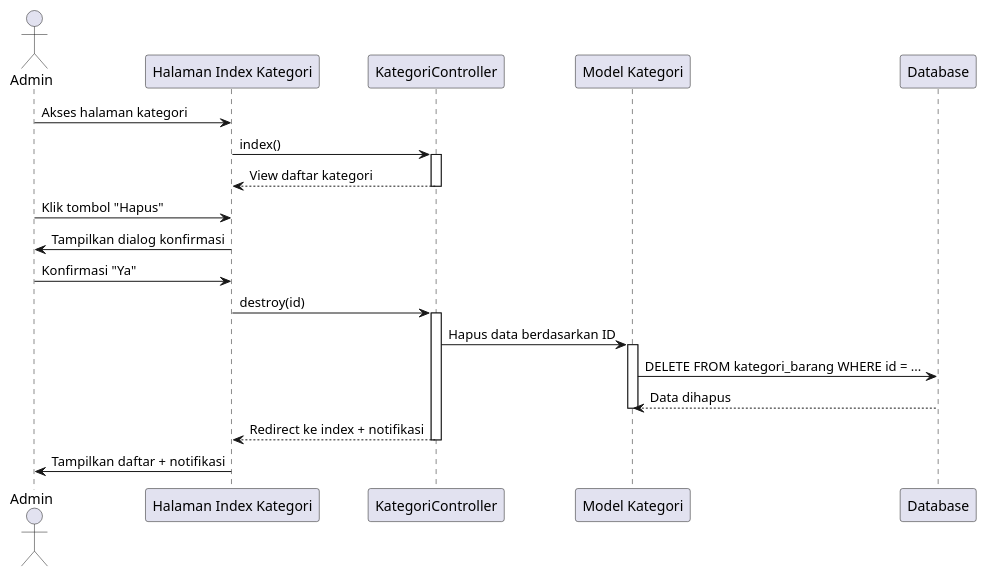
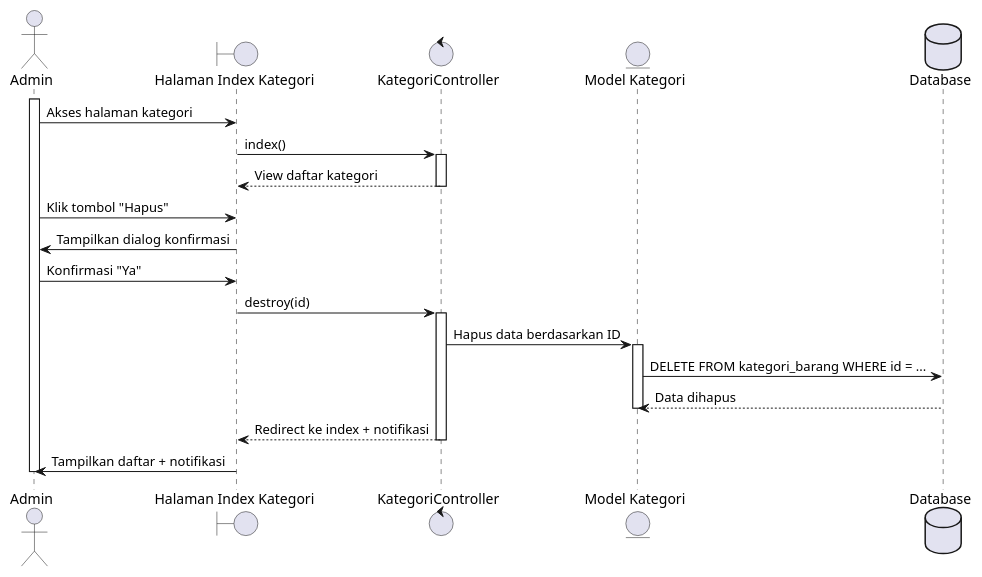
One commit to tengahcang/UML_TA changed the diagram in sequence diagram/kategori barang/menghapus_kategori_barang.wsd. Above: the diagram before and after it, drawn with PlantUML. The commit also changed 115 other files, not shown here.

```diff
--- a/sequence diagram/kategori barang/menghapus_kategori_barang.wsd
+++ b/sequence diagram/kategori barang/menghapus_kategori_barang.wsd
@@ -1,33 +1,35 @@
 @startuml
 actor Admin
 
-participant "Halaman Index Kategori" as KategoriIndex
-participant "KategoriController" as Controller
-participant "Model Kategori" as KategoriModel
-participant "Database" as DB
+boundary "Halaman Index Kategori" as KategoriIndex
+control "KategoriController" as Controller
+entity "Model Kategori" as KategoriModel
+database "Database" as DB
 
+activate Admin
 Admin -> KategoriIndex: Akses halaman kategori
 KategoriIndex -> Controller: index()
 activate Controller
 Controller --> KategoriIndex: View daftar kategori
 deactivate Controller
 
 Admin -> KategoriIndex: Klik tombol "Hapus"
 KategoriIndex -> Admin: Tampilkan dialog konfirmasi
 Admin -> KategoriIndex: Konfirmasi "Ya"
 
 KategoriIndex -> Controller: destroy(id)
 activate Controller
 
 Controller -> KategoriModel: Hapus data berdasarkan ID
 activate KategoriModel
 KategoriModel -> DB: DELETE FROM kategori_barang WHERE id = ...
 DB --> KategoriModel: Data dihapus
 deactivate KategoriModel
 
 Controller --> KategoriIndex: Redirect ke index + notifikasi
 deactivate Controller
 
 KategoriIndex -> Admin: Tampilkan daftar + notifikasi
+deactivate Admin
 
 @enduml
```
